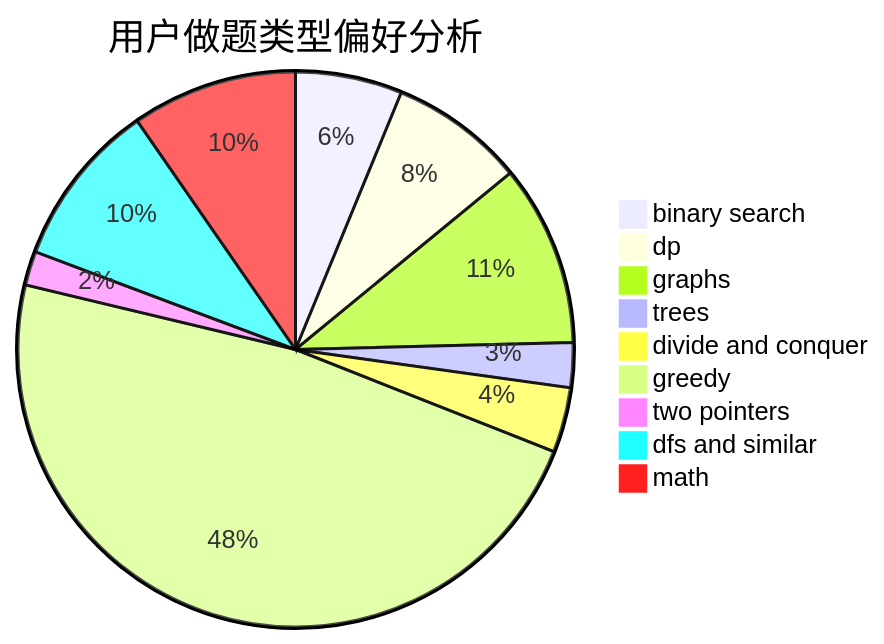
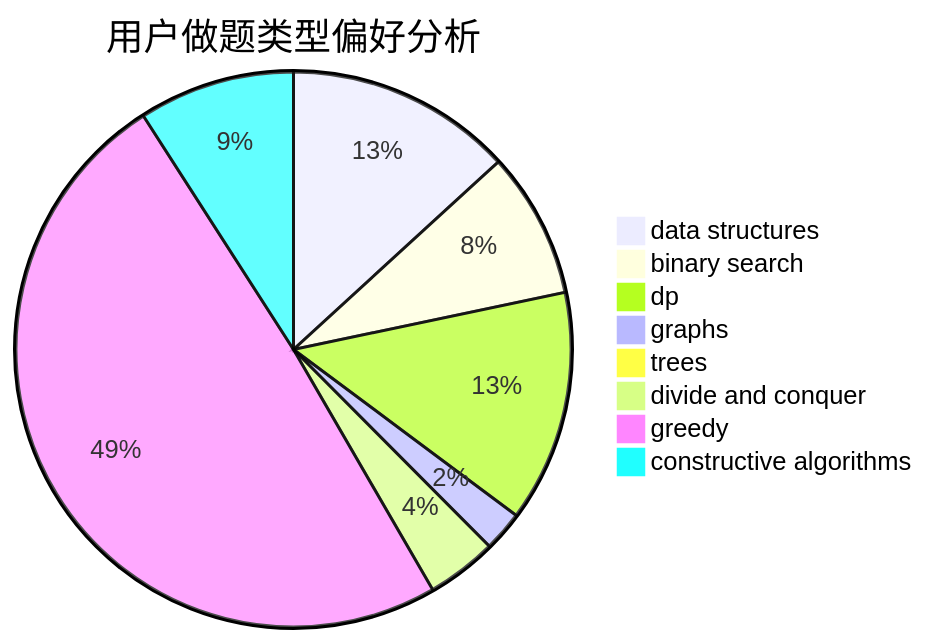
Before and after one commit to sherpahu/cfrs.github.io: the second of 3 diagrams in docs/user/u1504.md, drawn with Mermaid. The commit also changed other lines of this file and 2775 other files, not shown here.

````diff
--- a/docs/user/u1504.md
+++ b/docs/user/u1504.md
@@ -23,12 +23,11 @@
 ```mermaid
 pie title 用户做题类型偏好分析
-    "binary search" :  69
-    "dp" :  87
-    "graphs" :  117
-    "trees" :  29
-    "divide and conquer" :  42
-    "greedy" :  530
-    "two pointers" :  22
-    "dfs and similar" :  107
-    "math" :  107
+    "data structures" :  45
+    "binary search" :  29
+    "dp" :  46
+    "graphs" :  8
+    "trees" :  1
+    "divide and conquer" :  14
+    "greedy" :  168
+    "constructive algorithms" :  31
 ```
````
